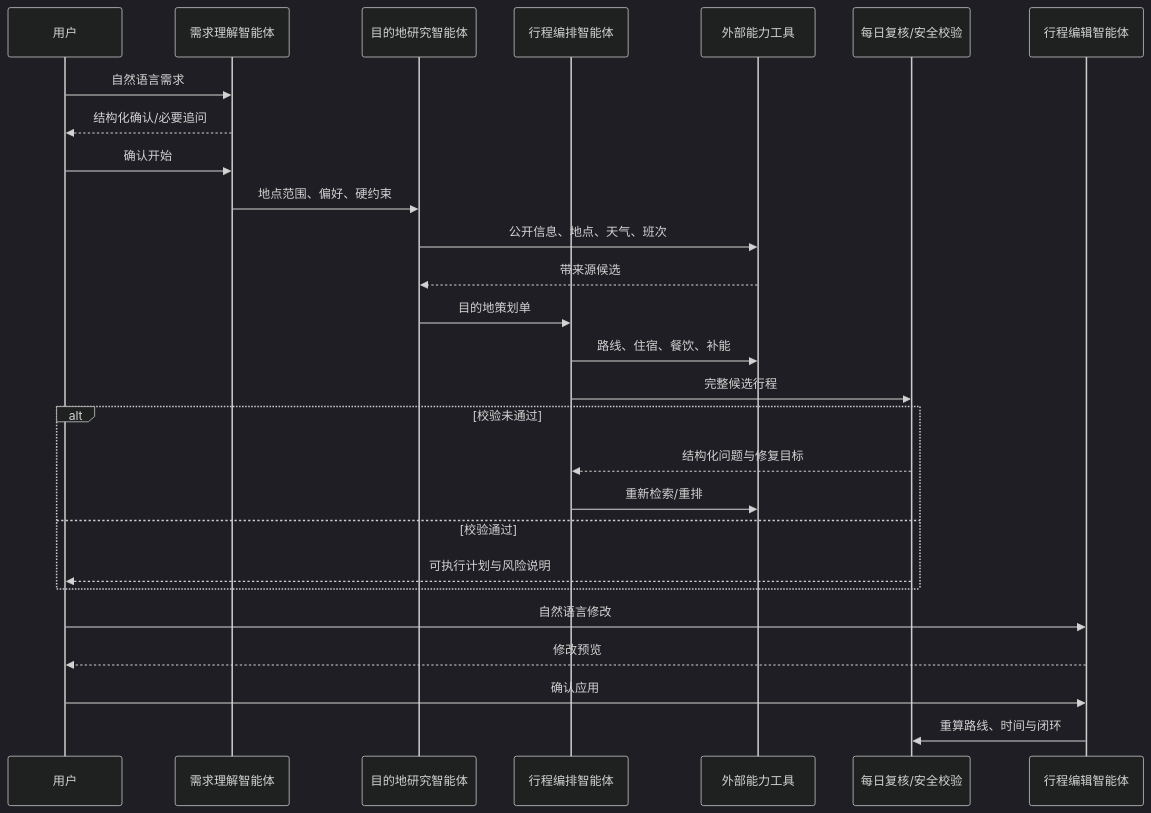
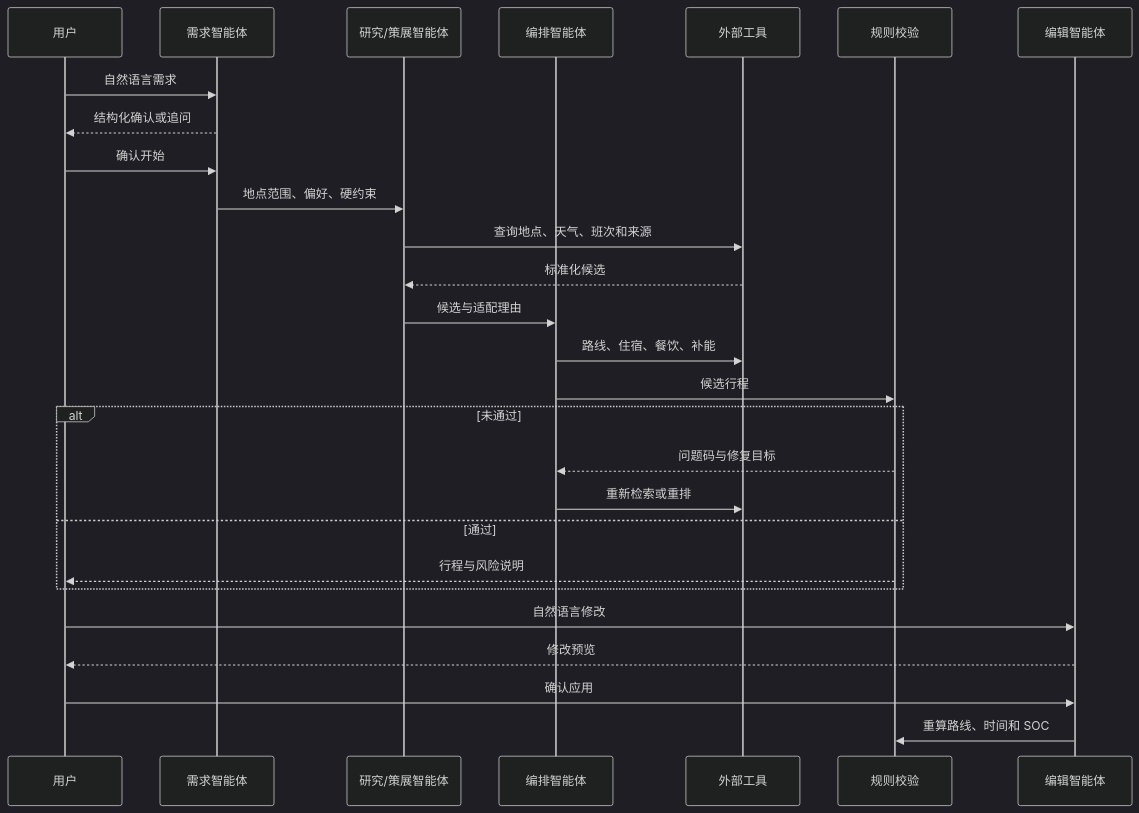
The second of 3 diagrams in submission/GOAI_Boundless_Agents/semifinal/02_可复现Demo与技术细节完善.md (pigz2538/RoadMan-Public), drawn with Mermaid (dark theme) before and after one commit. The commit also changed other lines of this file and 15 other files, not shown here.

````diff
--- a/submission/GOAI_Boundless_Agents/semifinal/02_可复现Demo与技术细节完善.md
+++ b/submission/GOAI_Boundless_Agents/semifinal/02_可复现Demo与技术细节完善.md
@@ -51,30 +51,30 @@
 ```mermaid
 sequenceDiagram
     participant User as 用户
-    participant Req as 需求理解智能体
-    participant Research as 目的地研究智能体
-    participant Planner as 行程编排智能体
-    participant Tools as 外部能力工具
-    participant Verify as 每日复核/安全校验
-    participant Edit as 行程编辑智能体
+    participant Req as 需求智能体
+    participant Research as 研究/策展智能体
+    participant Planner as 编排智能体
+    participant Tools as 外部工具
+    participant Verify as 规则校验
+    participant Edit as 编辑智能体
 
     User->>Req: 自然语言需求
-    Req-->>User: 结构化确认/必要追问
+    Req-->>User: 结构化确认或追问
     User->>Req: 确认开始
     Req->>Research: 地点范围、偏好、硬约束
-    Research->>Tools: 公开信息、地点、天气、班次
-    Tools-->>Research: 带来源候选
-    Research->>Planner: 目的地策划单
+    Research->>Tools: 查询地点、天气、班次和来源
+    Tools-->>Research: 标准化候选
+    Research->>Planner: 候选与适配理由
     Planner->>Tools: 路线、住宿、餐饮、补能
-    Planner->>Verify: 完整候选行程
-    alt 校验未通过
-        Verify-->>Planner: 结构化问题与修复目标
-        Planner->>Tools: 重新检索/重排
-    else 校验通过
-        Verify-->>User: 可执行计划与风险说明
+    Planner->>Verify: 候选行程
+    alt 未通过
+        Verify-->>Planner: 问题码与修复目标
+        Planner->>Tools: 重新检索或重排
+    else 通过
+        Verify-->>User: 行程与风险说明
     end
     User->>Edit: 自然语言修改
     Edit-->>User: 修改预览
     User->>Edit: 确认应用
-    Edit->>Verify: 重算路线、时间与闭环
+    Edit->>Verify: 重算路线、时间和 SOC
 ```
````
